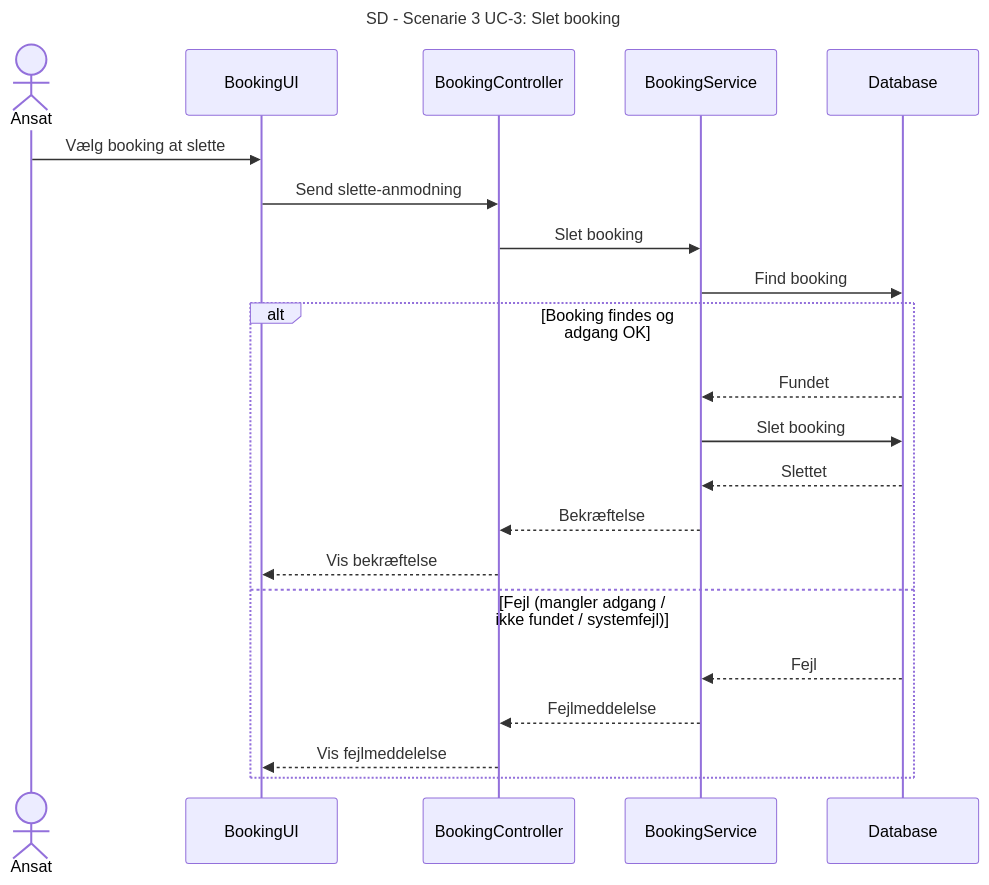
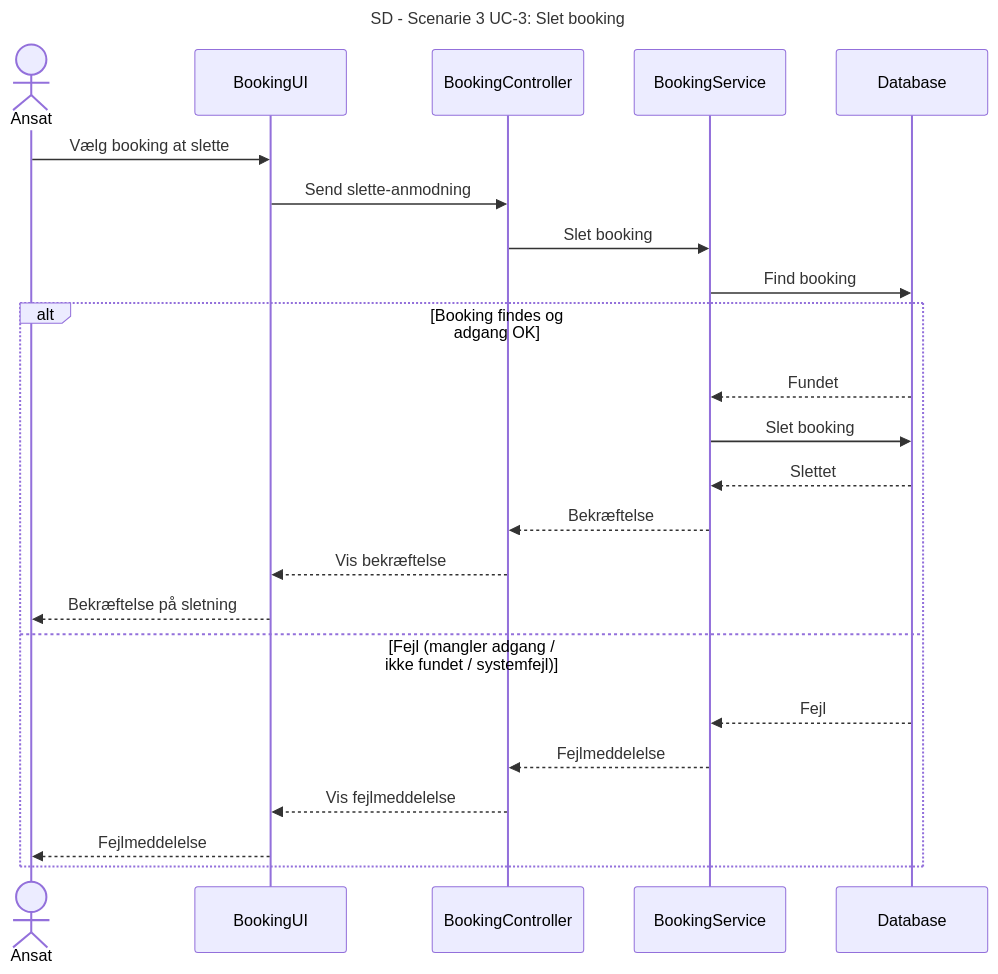
Before and after one commit to DMOoF25/TheMovie: the diagram in docs/Scenarie 3 UC3/SD S3 UC3.mmd, drawn with Mermaid.

Commit message:
Update SD S3 UC3.mmd

```diff
--- a/docs/Scenarie 3 UC3/SD S3 UC3.mmd
+++ b/docs/Scenarie 3 UC3/SD S3 UC3.mmd
@@ -1,25 +1,27 @@
 sequenceDiagram
 title SD - Scenarie 3 UC-3: Slet booking
 
    
-    actor Ansat
+  actor Ansat
     participant BookingUI
     participant BookingController
     participant BookingService
     participant Database
 
     Ansat->>BookingUI: Vælg booking at slette
     BookingUI->>BookingController: Send slette-anmodning
     BookingController->>BookingService: Slet booking
     BookingService->>Database: Find booking
     alt Booking findes og adgang OK
         Database-->>BookingService: Fundet
         BookingService->>Database: Slet booking
         Database-->>BookingService: Slettet
         BookingService-->>BookingController: Bekræftelse
         BookingController-->>BookingUI: Vis bekræftelse
+        BookingUI-->>Ansat: Bekræftelse på sletning
     else Fejl (mangler adgang / ikke fundet / systemfejl)
         Database-->>BookingService: Fejl
         BookingService-->>BookingController: Fejlmeddelelse
         BookingController-->>BookingUI: Vis fejlmeddelelse
+        BookingUI-->>Ansat: Fejlmeddelelse
     end
```
